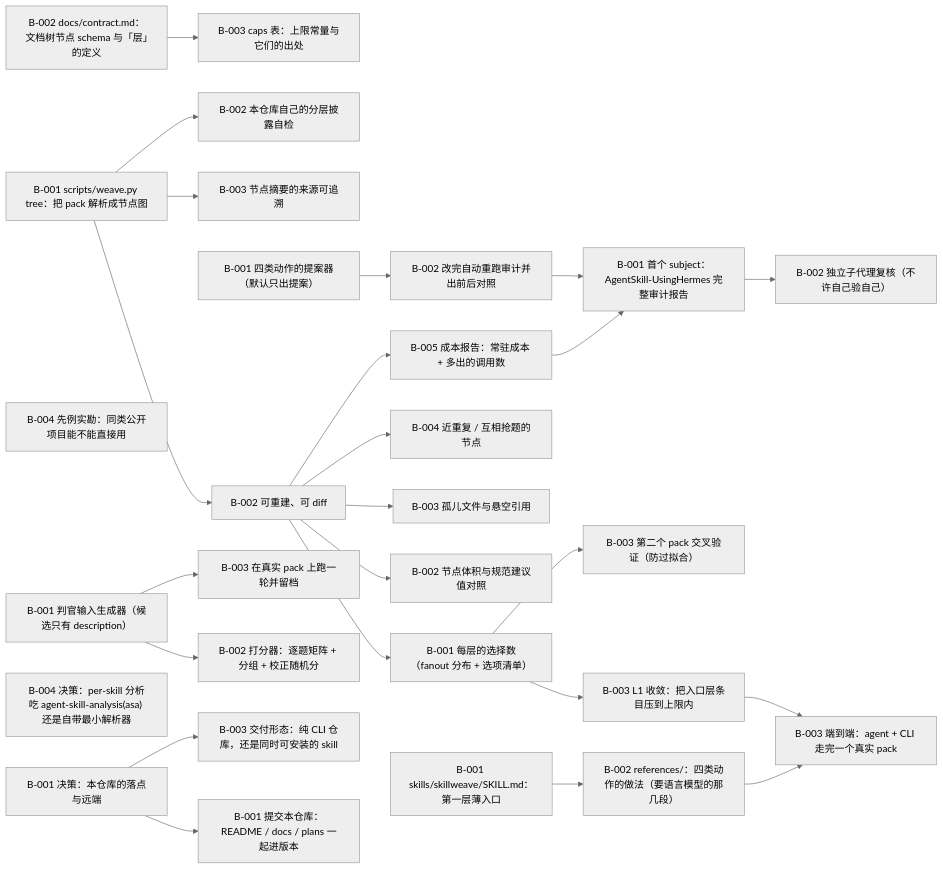
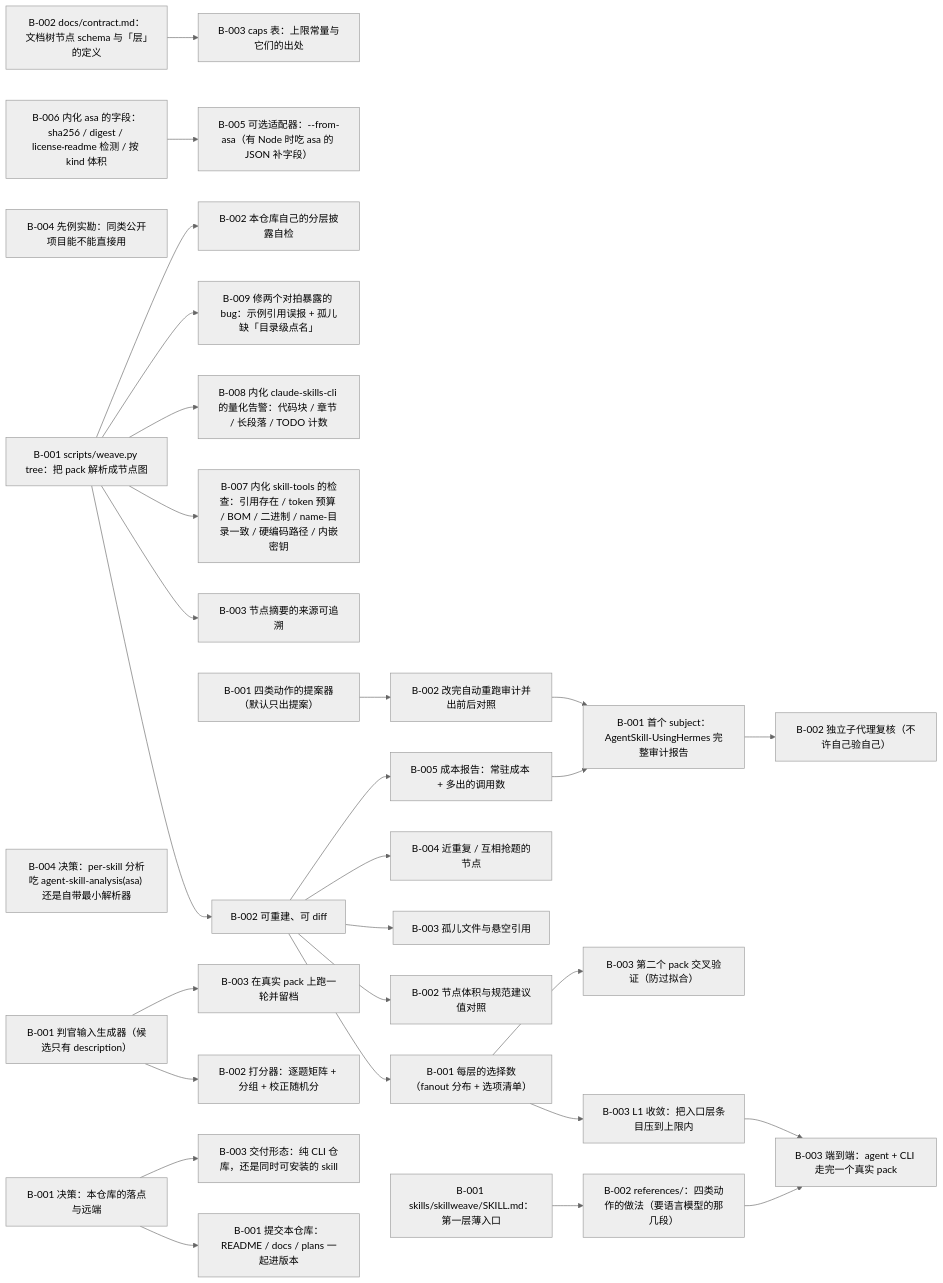
One commit to flmaximwang/SkillWeave changed the diagram in plans/skillweave/PLAN.md. Above: the diagram before and after it, drawn with Mermaid (neutral theme). The commit also changed other lines of this file and 4 other files, not shown here.

Commit message:
对拍上游三工具（asa/skill-tools/claude-skills-cli）：实测表 + 内化方案进 docs/compare-tools.md

````diff
--- a/plans/skillweave/PLAN.md
+++ b/plans/skillweave/PLAN.md
@@ -23,61 +27,70 @@
 ```mermaid
 flowchart LR
   T-001_B-001["B-001 决策：本仓库的落点与远端"]
   T-001_B-002["B-002 docs/contract.md：文档树节点 schema 与「层」的定义"]
   T-001_B-003["B-003 caps 表：上限常量与它们的出处"]
   T-001_B-004["B-004 先例实勘：同类公开项目能不能直接用"]
   T-002_B-001["B-001 scripts/weave.py tree：把 pack 解析成节点图"]
   T-002_B-002["B-002 可重建、可 diff"]
   T-002_B-003["B-003 节点摘要的来源可追溯"]
   T-002_B-004["B-004 决策：per-skill 分析吃 agent-skill-analysis(asa) 还是自带最小解析器"]
+  T-002_B-005["B-005 可选适配器：--from-asa（有 Node 时吃 asa 的 JSON 补字段）"]
   T-003_B-001["B-001 每层的选择数（fanout 分布 + 选项清单）"]
   T-003_B-002["B-002 节点体积与规范建议值对照"]
   T-003_B-003["B-003 孤儿文件与悬空引用"]
   T-003_B-004["B-004 近重复 / 互相抢题的节点"]
   T-003_B-005["B-005 成本报告：常驻成本 + 多出的调用数"]
+  T-003_B-006["B-006 内化 asa 的字段：sha256 / digest / license·readme 检测 / 按 kind 体积"]
+  T-003_B-007["B-007 内化 skill-tools 的检查：引用存在 / token 预算 / BOM / 二进制 / name-目录一致 / 硬编码路径 / 内嵌密钥"]
+  T-003_B-008["B-008 内化 claude-skills-cli 的量化告警：代码块 / 章节 / 长段落 / TODO 计数"]
+  T-003_B-009["B-009 修两个对拍暴露的 bug：示例引用误报 + 孤儿缺「目录级点名」"]
   T-004_B-001["B-001 四类动作的提案器（默认只出提案）"]
   T-004_B-002["B-002 改完自动重跑审计并出前后对照"]
   T-004_B-003["B-003 L1 收敛：把入口层条目压到上限内"]
   T-005_B-001["B-001 判官输入生成器（候选只有 description）"]
   T-005_B-002["B-002 打分器：逐题矩阵 + 分组 + 校正随机分"]
   T-005_B-003["B-003 在真实 pack 上跑一轮并留档"]
   T-006_B-001["B-001 首个 subject：AgentSkill-UsingHermes 完整审计报告"]
   T-006_B-002["B-002 独立子代理复核（不许自己验自己）"]
   T-006_B-003["B-003 第二个 pack 交叉验证（防过拟合）"]
   T-007_B-001["B-001 提交本仓库：README / docs / plans 一起进版本"]
   T-007_B-002["B-002 本仓库自己的分层披露自检"]
   T-007_B-003["B-003 交付形态：纯 CLI 仓库，还是同时可安装的 skill"]
   T-008_B-001["B-001 skills/skillweave/SKILL.md：第一层薄入口"]
   T-008_B-002["B-002 references/：四类动作的做法（要语言模型的那几段）"]
   T-008_B-003["B-003 端到端：agent + CLI 走完一个真实 pack"]
   T-001_B-002 --> T-001_B-003
   T-002_B-001 --> T-002_B-002
   T-002_B-001 --> T-002_B-003
+  T-003_B-006 --> T-002_B-005
   T-002_B-002 --> T-003_B-001
   T-002_B-002 --> T-003_B-002
   T-002_B-002 --> T-003_B-003
   T-002_B-002 --> T-003_B-004
   T-002_B-002 --> T-003_B-005
+  T-002_B-001 --> T-003_B-007
+  T-002_B-001 --> T-003_B-008
+  T-002_B-001 --> T-003_B-009
   T-004_B-001 --> T-004_B-002
   T-003_B-001 --> T-004_B-003
   T-005_B-001 --> T-005_B-002
   T-005_B-001 --> T-005_B-003
   T-003_B-005 --> T-006_B-001
   T-004_B-002 --> T-006_B-001
   T-006_B-001 --> T-006_B-002
   T-003_B-001 --> T-006_B-003
   T-001_B-001 --> T-007_B-001
   T-002_B-001 --> T-007_B-002
   T-001_B-001 --> T-007_B-003
   T-008_B-001 --> T-008_B-002
   T-008_B-002 --> T-008_B-003
   T-004_B-003 --> T-008_B-003
   classDef done stroke-width:1px;
-  class T-001_B-001,T-001_B-002,T-001_B-003,T-001_B-004,T-002_B-001,T-003_B-001,T-007_B-001,T-007_B-003 done;
+  class T-001_B-001,T-001_B-002,T-001_B-003,T-001_B-004,T-002_B-001,T-002_B-004,T-003_B-001,T-007_B-001,T-007_B-003 done;
   classDef claimed stroke-width:1px;
-  class T-002_B-002,T-002_B-003,T-004_B-001,T-004_B-003,T-005_B-001,T-006_B-003,T-007_B-002,T-008_B-001 claimed;
+  class T-002_B-002,T-002_B-003,T-003_B-006,T-003_B-007,T-003_B-008,T-003_B-009,T-004_B-001,T-004_B-003,T-005_B-001,T-006_B-003,T-007_B-002,T-008_B-001 claimed;
   classDef blocked stroke-width:1px;
-  class T-002_B-004 blocked;
+  class T-002_B-005 blocked;
   classDef waiting stroke-width:1px;
   class T-003_B-002,T-003_B-003,T-003_B-004,T-003_B-005,T-004_B-002,T-005_B-002,T-005_B-003,T-006_B-001,T-006_B-002,T-008_B-002,T-008_B-003 waiting;
 ```
````
